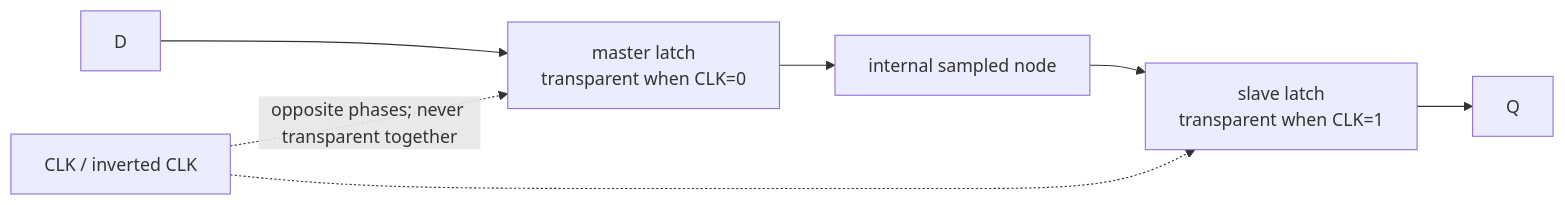
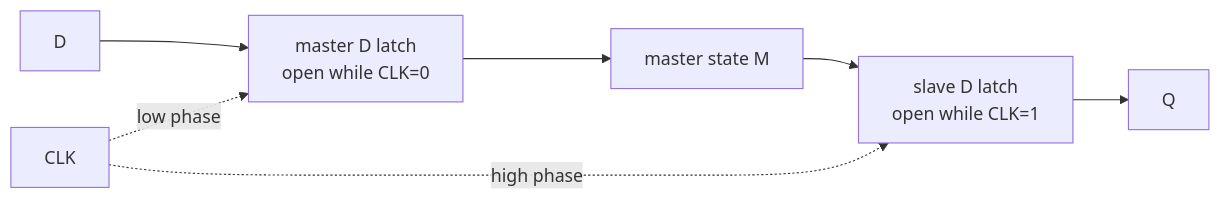
Diagram 19 of 42 in 00_Fundamentals/02_Logic_Building_Blocks.md (Wty2003328/silicon-design-notebook), drawn with Mermaid before and after one commit. The commit also changed other lines of this file and 42 other files, not shown here.

Commit message:
Deepen procedural logic and architecture explanations

````diff
--- a/00_Fundamentals/02_Logic_Building_Blocks.md
+++ b/00_Fundamentals/02_Logic_Building_Blocks.md
@@ -225,9 +552,9 @@
 ```mermaid
 flowchart LR
-    D["D"] --> M["master latch\ntransparent when CLK=0"]
-    M --> X["internal sampled node"]
-    X --> S["slave latch\ntransparent when CLK=1"]
+    D["D"] --> M["master D latch\nopen while CLK=0"]
+    M --> MN["master state M"]
+    MN --> S["slave D latch\nopen while CLK=1"]
     S --> Q["Q"]
-    CLK["CLK / inverted CLK"] -. "opposite phases; never transparent together" .-> M
-    CLK -.-> S
+    CLK["CLK"] -. "low phase" .-> M
+    CLK -. "high phase" .-> S
 ```
````
